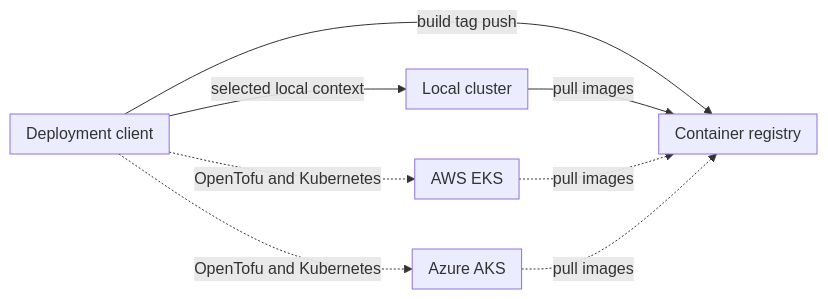
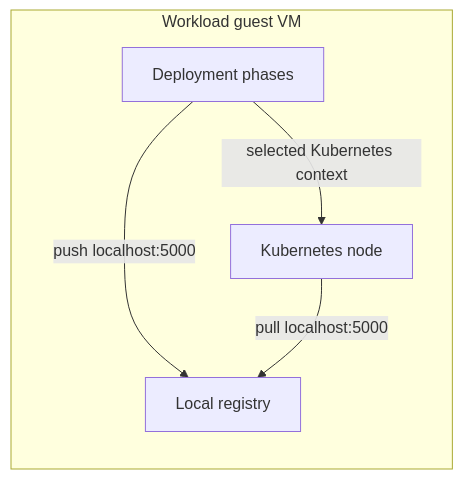
One commit to alissonsol/yuruna changed the seventh of 9 diagrams in docs/design/06-deployment.md. Above: the diagram before and after it, drawn with Mermaid. The commit also changed other lines of this file and 1371 other files, not shown here.

````diff
--- a/docs/design/06-deployment.md
+++ b/docs/design/06-deployment.md
@@ -216,21 +287,11 @@
 ```mermaid
 flowchart LR
-    subgraph set-resource-ps1["Deployment client"]
+    subgraph guest["Workload guest VM"]
+        automation["Deployment phases"]
+        ubuntu-server-26-k8s-sh["Kubernetes node"]
+        localhost-registry["Local registry"]
     end
-    subgraph localhost["Local cluster"]
-    end
-    subgraph aws["AWS EKS"]
-    end
-    subgraph azure["Azure AKS"]
-    end
-    subgraph registry["Container registry"]
-    end
-    set-resource-ps1 -->|selected local context| localhost
-    %% optional: AWS and Azure are selected configuration alternatives.
-    set-resource-ps1 -.->|OpenTofu and Kubernetes| aws
-    set-resource-ps1 -.->|OpenTofu and Kubernetes| azure
-    set-resource-ps1 -->|build tag push| registry
-    localhost -->|pull images| registry
-    aws -.->|pull images| registry
-    azure -.->|pull images| registry
+    automation -->|selected Kubernetes context| ubuntu-server-26-k8s-sh
+    automation -->|push localhost:5000| localhost-registry
+    ubuntu-server-26-k8s-sh -->|pull localhost:5000| localhost-registry
 ```
````
